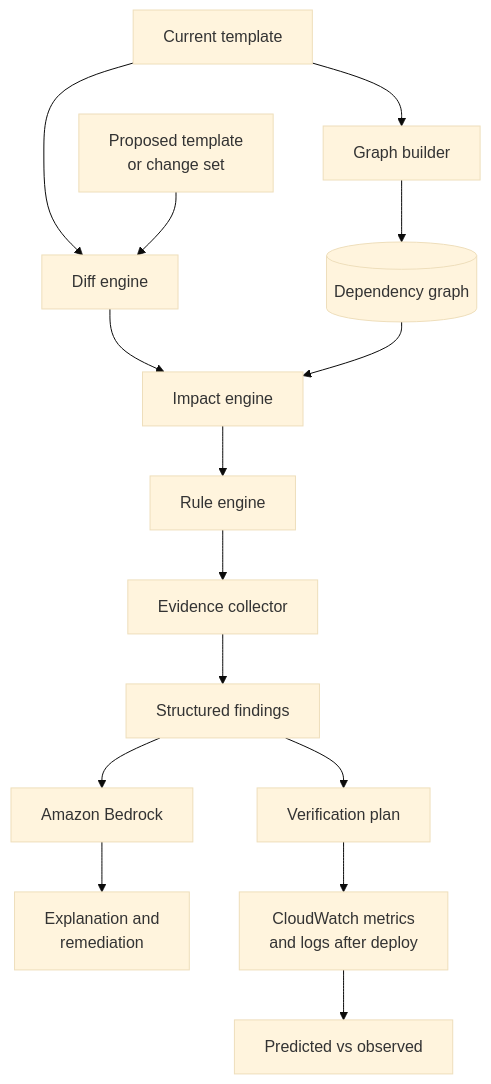
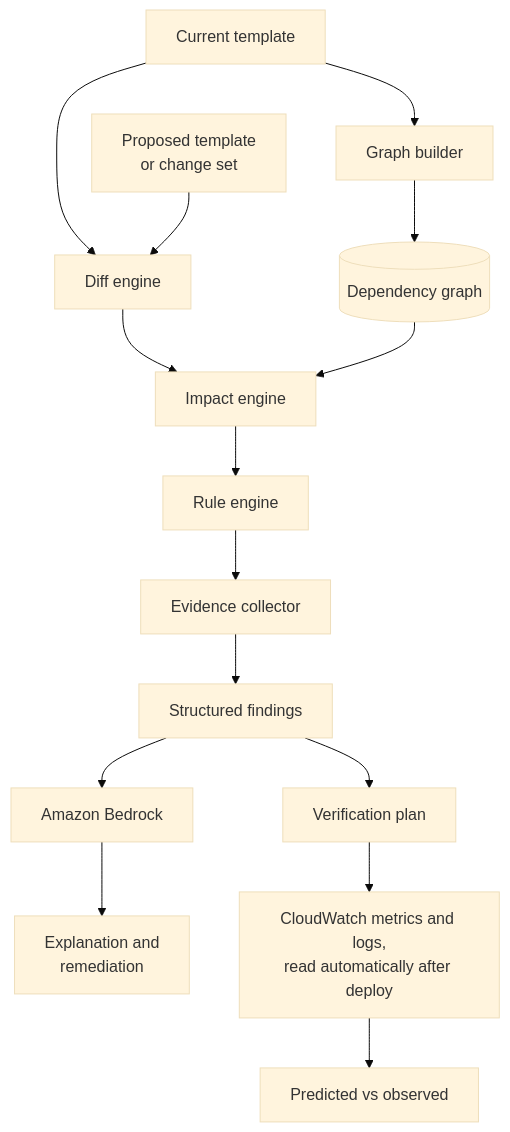
One commit to gowtham472/adi changed the second of 4 diagrams in README.md. Above: the diagram before and after it, drawn with Mermaid (base theme). The commit also changed other lines of this file and 1 other file, not shown here.

````diff
--- a/README.md
+++ b/README.md
@@ -64,17 +64,17 @@
 ```mermaid
 flowchart TD
     T1[Current template] --> D[Diff engine]
     T2[Proposed template<br/>or change set] --> D
     T1 --> G[Graph builder]
     G --> GR[(Dependency graph)]
     D --> I[Impact engine]
     GR --> I
     I --> R[Rule engine]
     R --> EV[Evidence collector]
     EV --> F[Structured findings]
     F --> B[Amazon Bedrock]
     B --> EX[Explanation and<br/>remediation]
     F --> V[Verification plan]
-    V --> CW[CloudWatch metrics<br/>and logs after deploy]
+    V --> CW[CloudWatch metrics and logs,<br/>read automatically after deploy]
     CW --> C[Predicted vs observed]
 ```
````
